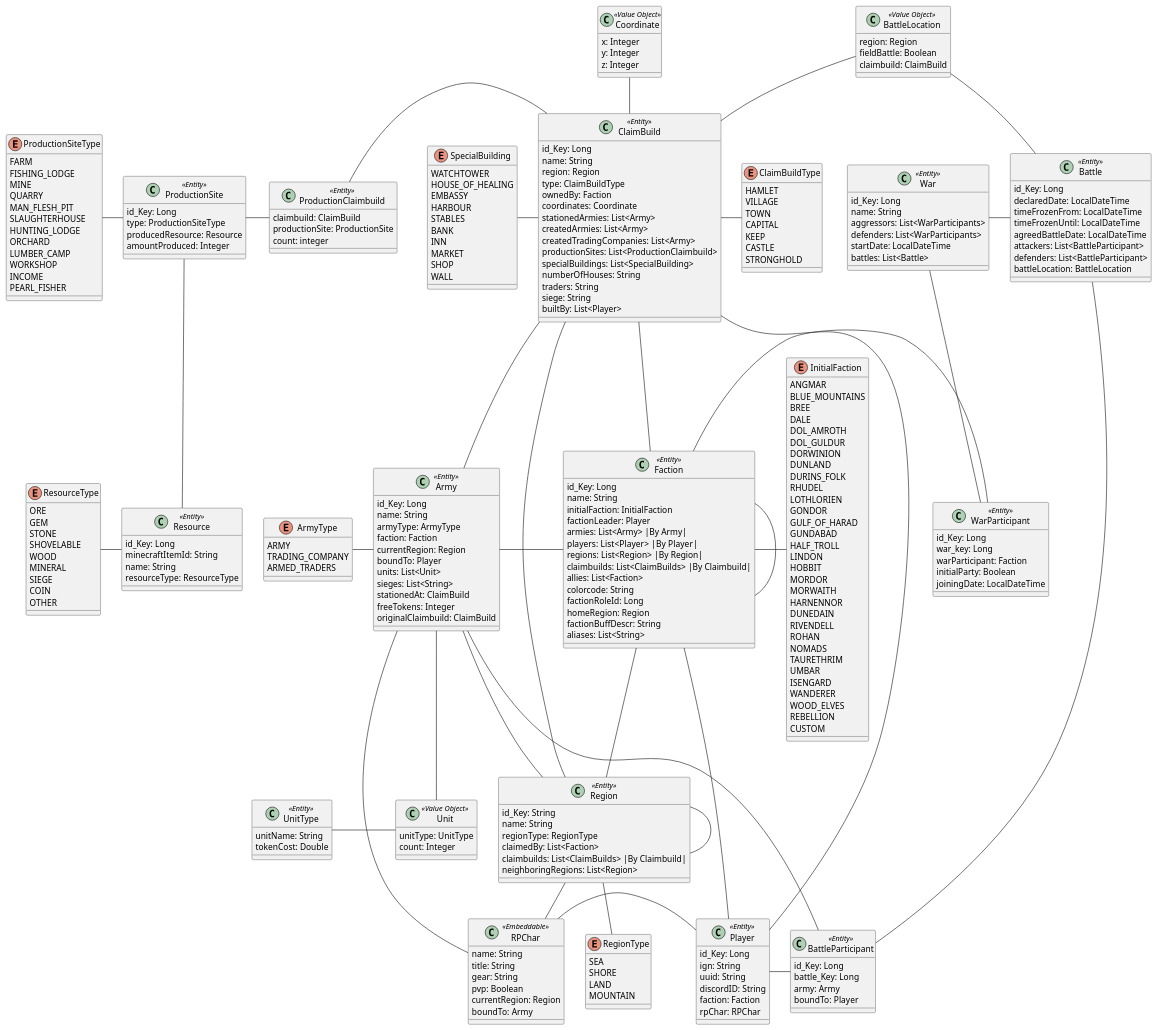
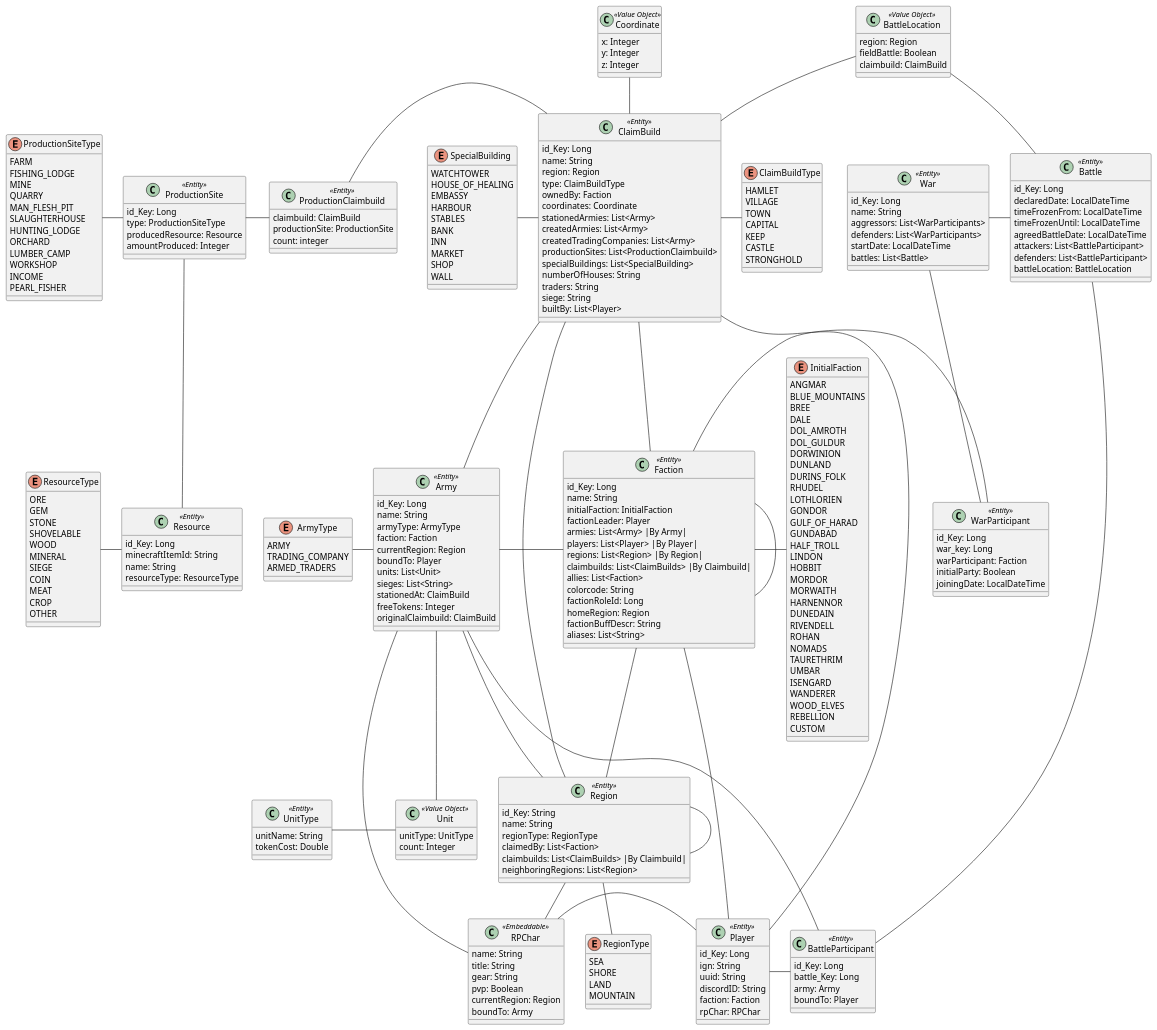
Before and after one commit to Team-KekX/Ardas-Legends-App: the diagram in src/main/puml/ArdasLegendsDomain.puml, drawn with PlantUML. The commit also changed 1 other file, not shown here.

Commit message:
Added MEAT and CROP to ResourceType
 Changes to be committed:
	modified:   src/main/java/com/ardaslegends/domain/ResourceType.java
	modified:   src/main/puml/ArdasLegendsDomain.puml

```diff
--- a/src/main/puml/ArdasLegendsDomain.puml
+++ b/src/main/puml/ArdasLegendsDomain.puml
@@ -184,6 +184,8 @@
     MINERAL
     SIEGE
     COIN
+    MEAT
+    CROP
     OTHER
 }
 
```
